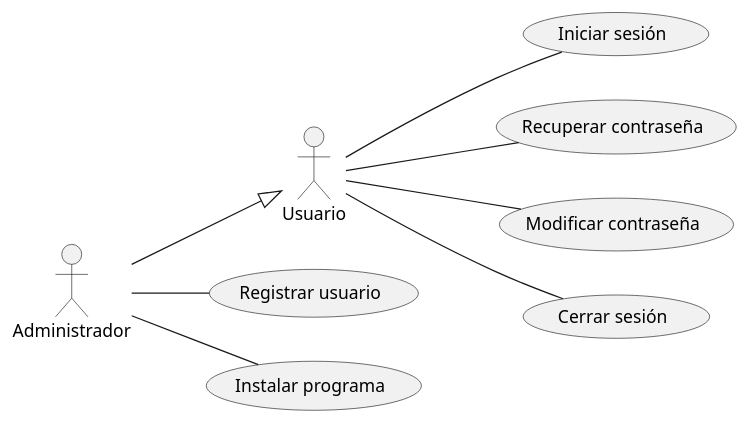
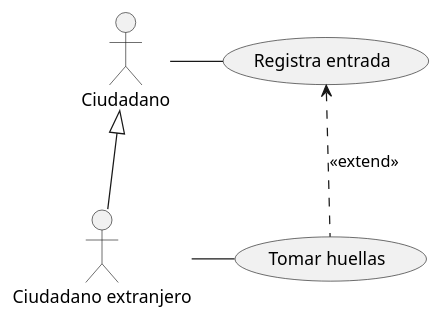
One commit to CorazaNegra/CasosDeUsos1 changed the diagram in CasosDeUso1.puml. Above: the diagram before and after it, drawn with PlantUML.

Commit message:
Ejemplo: Puesto froterizo

```diff
--- a/CasosDeUso1.puml
+++ b/CasosDeUso1.puml
@@ -1,22 +1,14 @@
 @startuml
 
-left to right direction
-actor "Usuario" as us
-actor "Administrador" as ad
+actor "Ciudadano" as c
+actor "Ciudadano extranjero" as ce
 
-usecase "Iniciar sesión" as UC1
-usecase "Recuperar contraseña" as UC2
-usecase "Modificar contraseña" as UC3
-usecase "Cerrar sesión" as UC4
-usecase "Registrar usuario" as UC5
-usecase "Instalar programa" as UC6
+usecase "Registra entrada" as UC1
+usecase "Tomar huellas" as UC2
 
-us -- UC1
-us -- UC2
-us -- UC3
-us -- UC4
-ad -- UC5
-ad -- UC6
-ad --|> us
+c -right- UC1
+ce -right- UC2
+UC2 .up.> UC1 : <<extend>>
+c <|-- ce
 
 @enduml
```
